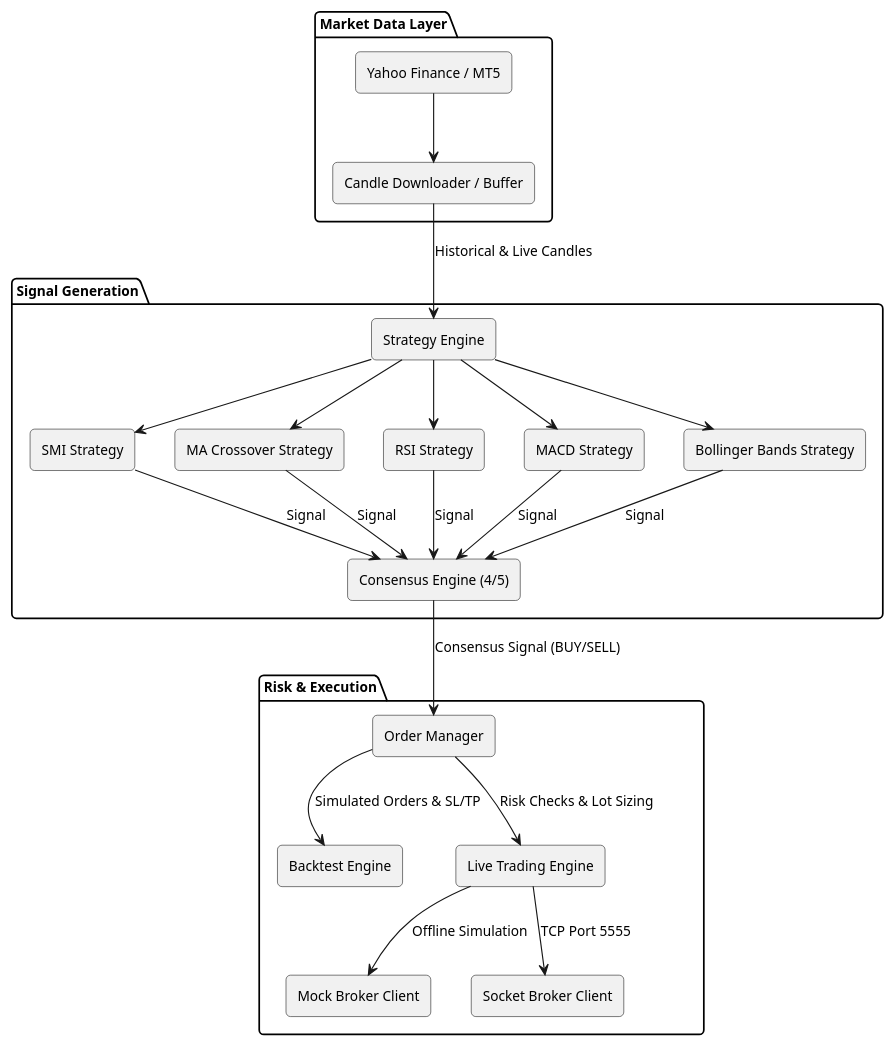
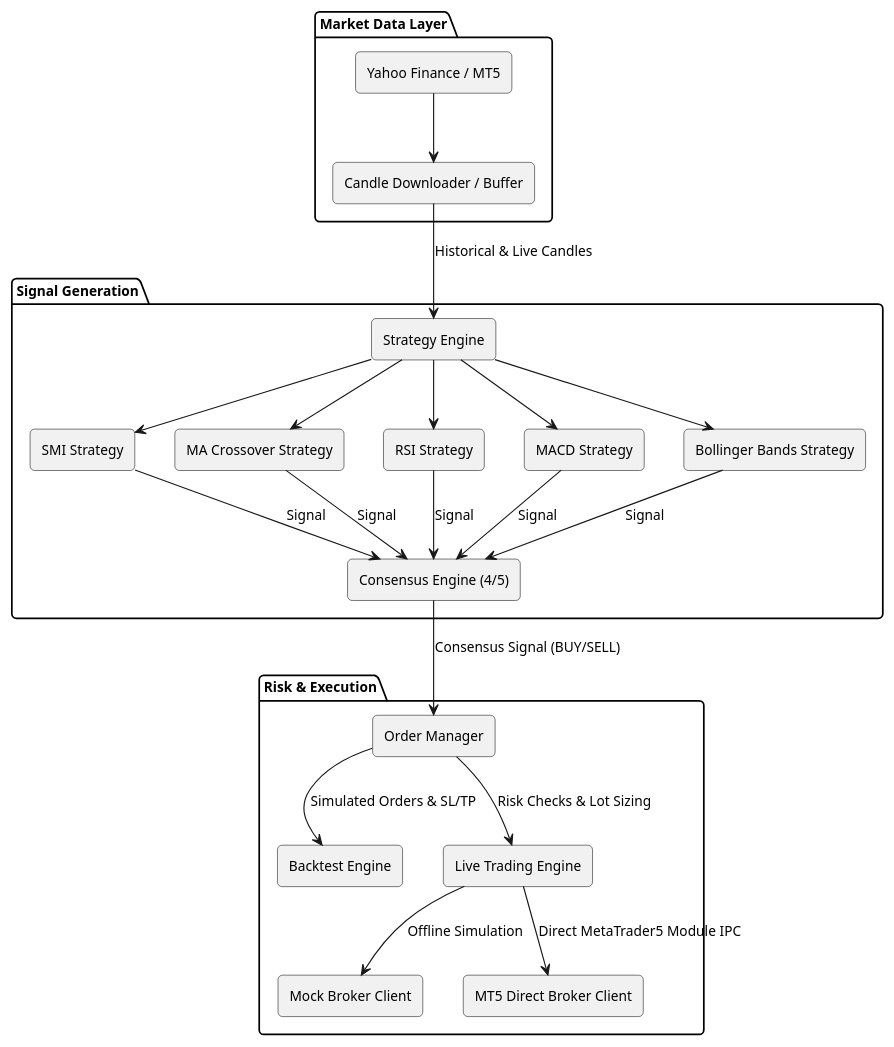
Before and after one commit to PhanCuong91/trading: the first of 2 diagrams in README.md, drawn with PlantUML. The commit also changed other lines of this file and 16 other files, not shown here.

First line of the commit message:
Refactor MT5 integration: Replace SocketBrokerClient with MT5BrokerClient

````diff
--- a/README.md
+++ b/README.md
@@ -10,54 +10,54 @@
 ```plantuml
 @startuml
 skinparam componentStyle rectangle
 skinparam roundcorner 8
 skinparam shadowing false
 skinparam defaultFontName Helvetica
 skinparam defaultFontSize 12
 
 package "Market Data Layer" {
   [Yahoo Finance / MT5] as DataSource
   [Candle Downloader / Buffer] as DataBuffer
 }
 
 package "Signal Generation" {
   [Strategy Engine] as StrategyEngine
   [SMI Strategy] as SMI
   [MA Crossover Strategy] as MACrossover
   [RSI Strategy] as RSI
   [MACD Strategy] as MACD
   [Bollinger Bands Strategy] as Bollinger
   [Consensus Engine (4/5)] as Consensus
 }
 
 package "Risk & Execution" {
   [Order Manager] as OrderMgr
   [Backtest Engine] as Backtest
   [Live Trading Engine] as LiveEngine
   [Mock Broker Client] as MockBroker
-  [Socket Broker Client] as SocketBroker
+  [MT5 Direct Broker Client] as MT5Broker
 }
 
 DataSource --> DataBuffer
 DataBuffer --> StrategyEngine : Historical & Live Candles
 
 StrategyEngine --> SMI
 StrategyEngine --> MACrossover
 StrategyEngine --> RSI
 StrategyEngine --> MACD
 StrategyEngine --> Bollinger
 
 SMI --> Consensus : Signal
 MACrossover --> Consensus : Signal
 RSI --> Consensus : Signal
 MACD --> Consensus : Signal
 Bollinger --> Consensus : Signal
 
 Consensus --> OrderMgr : Consensus Signal (BUY/SELL)
 OrderMgr --> Backtest : Simulated Orders & SL/TP
 OrderMgr --> LiveEngine : Risk Checks & Lot Sizing
 
 LiveEngine --> MockBroker : Offline Simulation
-LiveEngine --> SocketBroker : TCP Port 5555
+LiveEngine --> MT5Broker : Direct MetaTrader5 Module IPC
 @enduml
 ```
````
